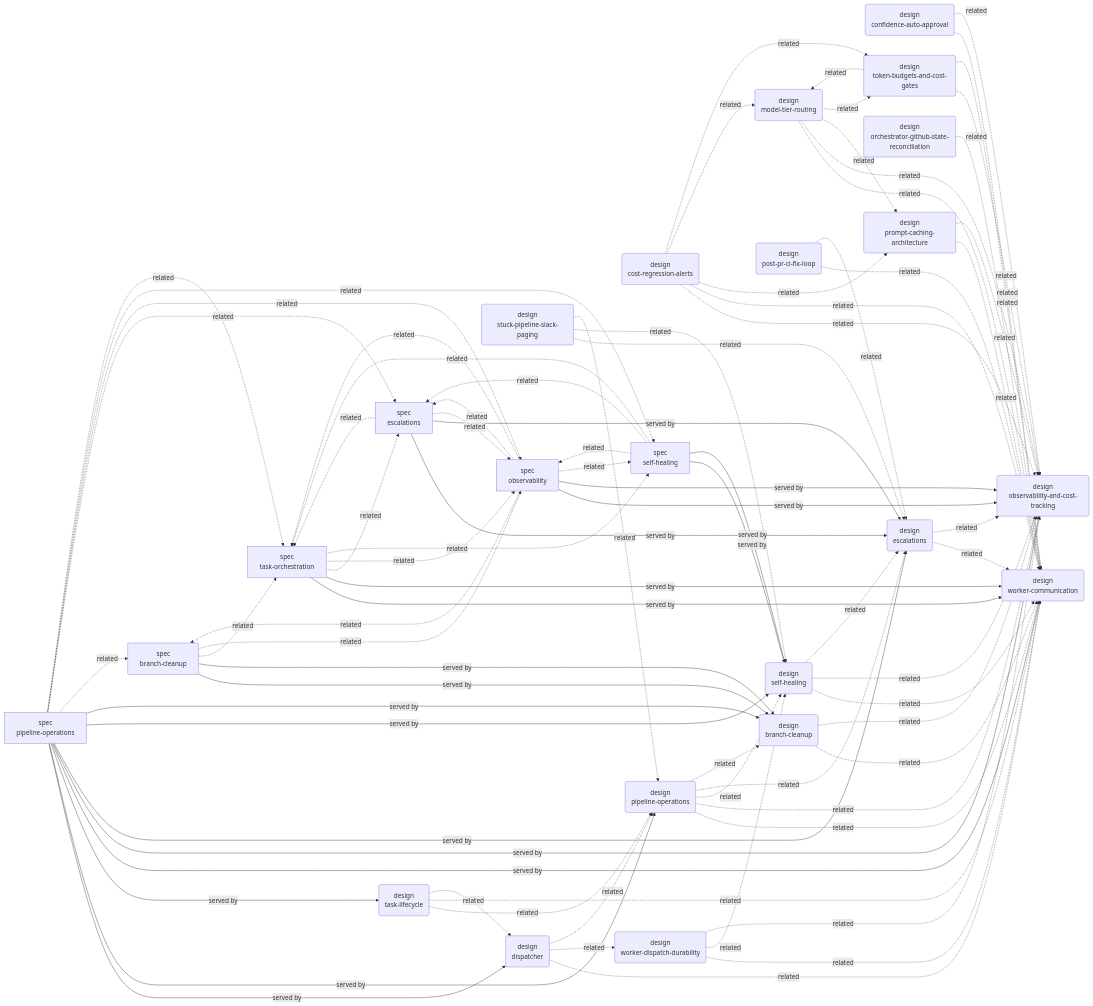
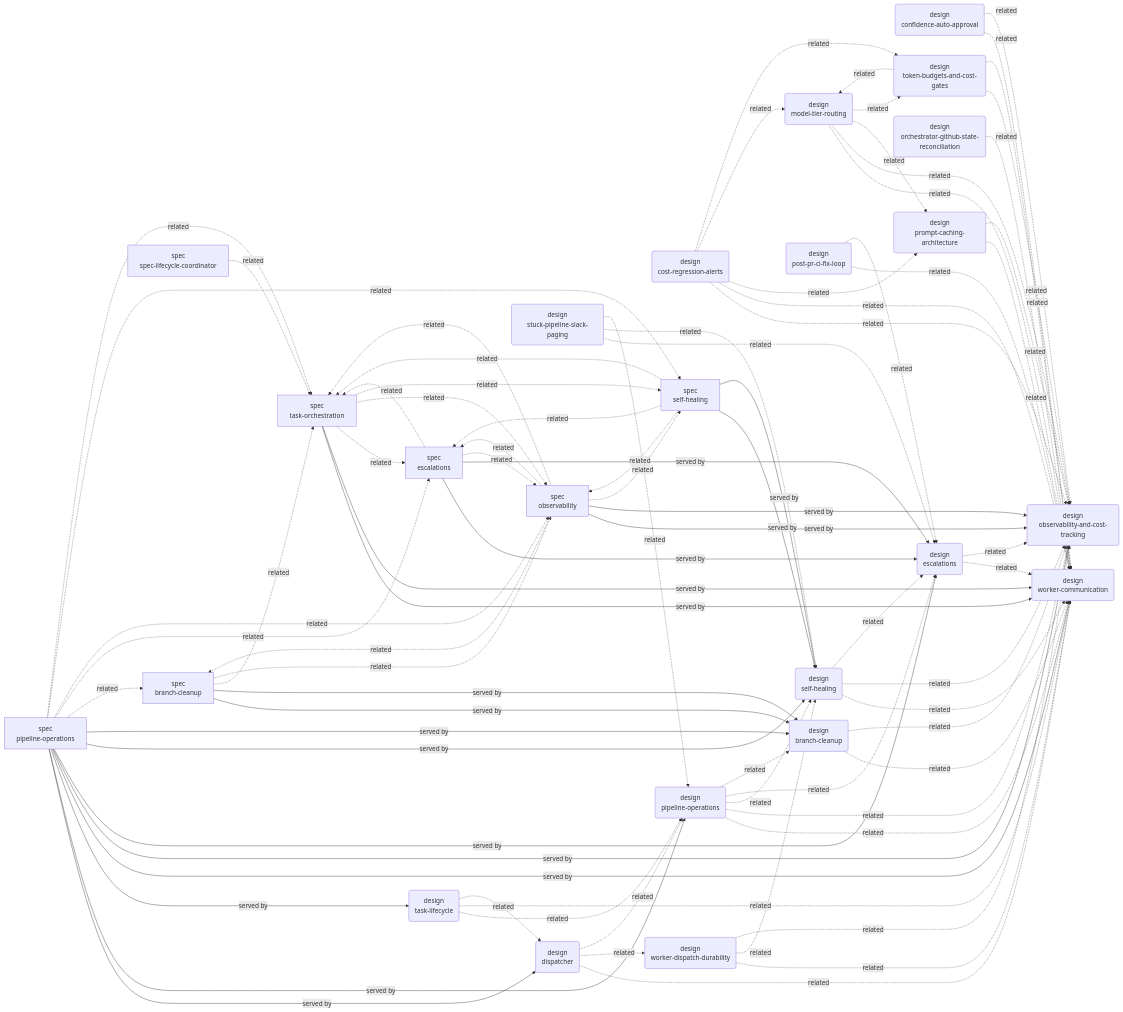
Before and after one commit to coder-devx/coder-system: the first of 6 diagrams in system/GRAPH.md, drawn with Mermaid. The commit also changed other lines of this file and 9 other files, not shown here.

First line of the commit message:
specs: extract spec-lifecycle-coordinator + coder-core-modular-monolith

````diff
--- a/system/GRAPH.md
+++ b/system/GRAPH.md
@@ -30,7 +30,8 @@
   n019["spec<br/>observability"]
   n020["spec<br/>pipeline-operations"]
   n021["spec<br/>self-healing"]
-  n022["spec<br/>task-orchestration"]
+  n022["spec<br/>spec-lifecycle-coordinator"]
+  n023["spec<br/>task-orchestration"]
   n017 -->|served by| n000
   n000 -.->|related| n015
   n000 -.->|related| n006
@@ -78,21 +79,21 @@
   n014 -.->|related| n006
   n014 -.->|related| n015
   n014 -.->|related| n005
-  n022 -->|served by| n015
+  n023 -->|served by| n015
   n016 -.->|related| n015
   n016 -.->|related| n011
   n016 -.->|related| n006
   n017 -->|served by| n000
-  n017 -.->|related| n022
+  n017 -.->|related| n023
   n017 -.->|related| n019
   n018 -->|served by| n004
-  n018 -.->|related| n022
+  n018 -.->|related| n023
   n018 -.->|related| n019
   n019 -->|served by| n006
   n019 -.->|related| n017
   n019 -.->|related| n018
   n019 -.->|related| n021
-  n019 -.->|related| n022
+  n019 -.->|related| n023
   n020 -->|served by| n015
   n020 -->|served by| n006
   n020 -->|served by| n004
@@ -102,13 +103,14 @@
   n020 -.->|related| n018
   n020 -.->|related| n019
   n020 -.->|related| n021
-  n020 -.->|related| n022
+  n020 -.->|related| n023
   n021 -->|served by| n011
-  n021 -.->|related| n022
+  n021 -.->|related| n023
   n021 -.->|related| n019
   n021 -.->|related| n018
-  n022 -->|served by| n015
-  n022 -.->|related| n018
-  n022 -.->|related| n019
-  n022 -.->|related| n021
+  n022 -.->|related| n023
+  n023 -->|served by| n015
+  n023 -.->|related| n018
+  n023 -.->|related| n019
+  n023 -.->|related| n021
 ```
````
